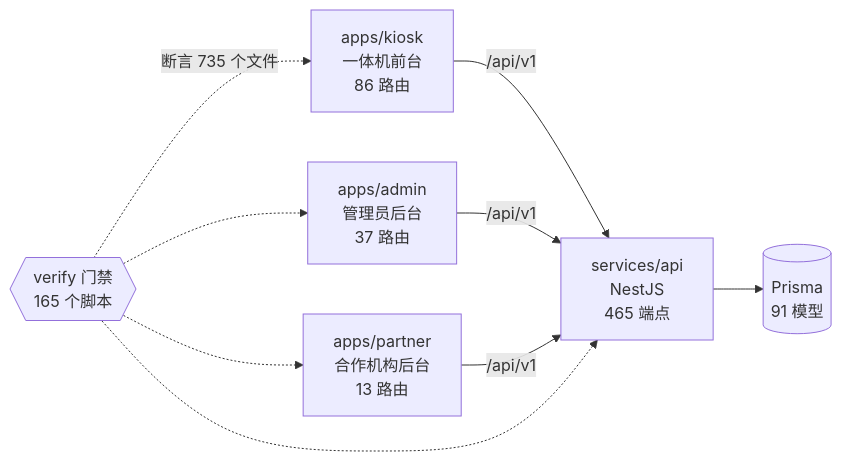
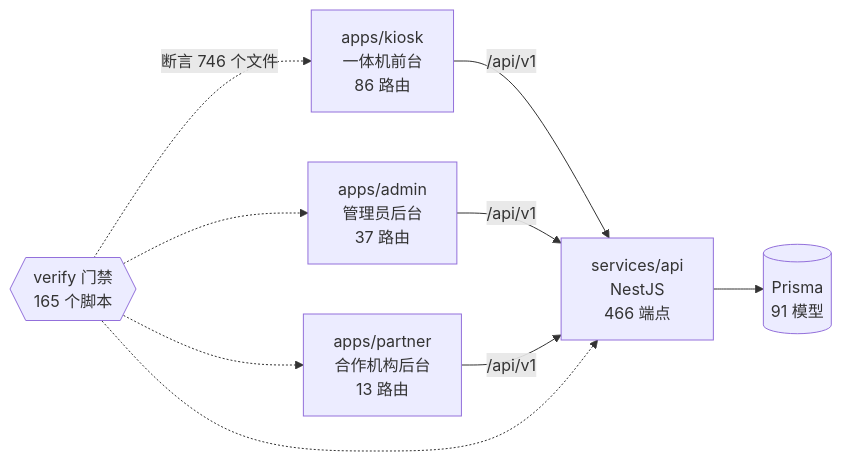
The diagram in docs/graph/README.md (wanglei581/YITIJI), drawn with Mermaid before and after one commit. The commit also changed other lines of this file and 38 other files, not shown here.

````diff
--- a/docs/graph/README.md
+++ b/docs/graph/README.md
@@ -68,18 +68,18 @@
 ```mermaid
 flowchart LR
   kiosk["apps/kiosk<br/>一体机前台<br/>86 路由"]
   admin["apps/admin<br/>管理员后台<br/>37 路由"]
   partner["apps/partner<br/>合作机构后台<br/>13 路由"]
-  api["services/api<br/>NestJS<br/>465 端点"]
+  api["services/api<br/>NestJS<br/>466 端点"]
   db[("Prisma<br/>91 模型")]
   gates{{"verify 门禁<br/>165 个脚本"}}
 
   kiosk -->|"/api/v1"| api
   admin -->|"/api/v1"| api
   partner -->|"/api/v1"| api
   api --> db
-  gates -.->|"断言 735 个文件"| kiosk
+  gates -.->|"断言 746 个文件"| kiosk
   gates -.-> admin
   gates -.-> partner
   gates -.-> api
 ```
````
